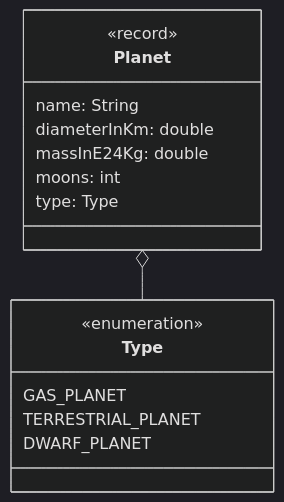
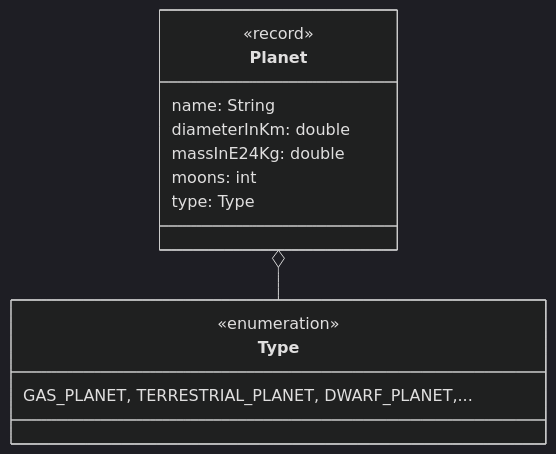
The diagram in docs/exam-exercises/exam-exercises-java2/queries/planets.md (jappuccini/java-docs), drawn with Mermaid (dark theme) before and after one commit. The commit also changed 6 other files, not shown here.

````diff
--- a/docs/exam-exercises/exam-exercises-java2/queries/planets.md
+++ b/docs/exam-exercises/exam-exercises-java2/queries/planets.md
@@ -18,20 +18,18 @@
 ```mermaid
 classDiagram
     Planet o-- Type
 
     class Planet {
         <<record>>
         name: String
         diameterInKm: double
         massInE24Kg: double
         moons: int
         type: Type
     }
 
     class Type {
         <<enumeration>>
-        GAS_PLANET
-        TERRESTRIAL_PLANET
-        DWARF_PLANET
+        GAS_PLANET, TERRESTRIAL_PLANET, DWARF_PLANET,...
     }
 ```
````
